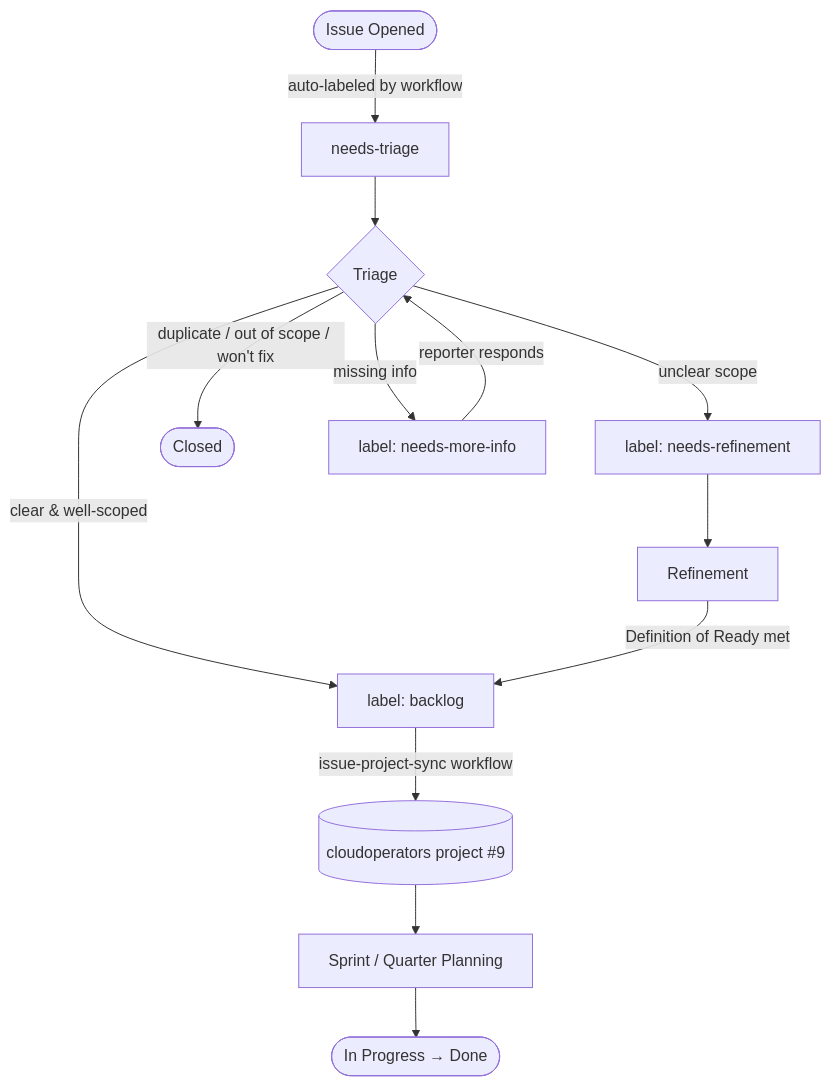
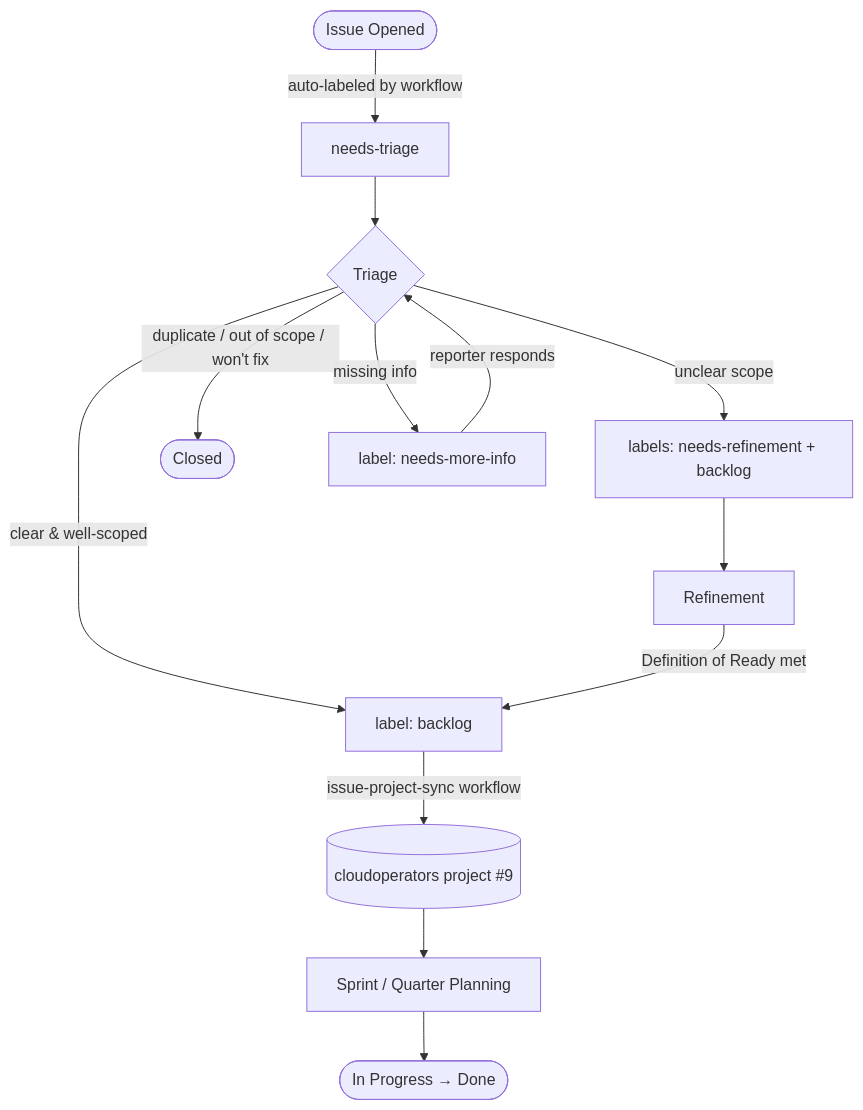
One commit to cloudoperators/common changed the diagram in ISSUE_LIFECYCLE.md. Above: the diagram before and after it, drawn with Mermaid. The commit also changed 3 other files, not shown here.

Commit message:
fix: address review comments (indentation, null check, diagram, permissions docs)

````diff
--- a/ISSUE_LIFECYCLE.md
+++ b/ISSUE_LIFECYCLE.md
@@ -7,19 +7,19 @@
 ```mermaid
 flowchart TD
     A([Issue Opened]) -->|auto-labeled by workflow| B[needs-triage]
     B --> C{Triage}
 
     C -->|clear & well-scoped| D[label: backlog]
-    C -->|unclear scope| E[label: needs-refinement]
+    C -->|unclear scope| E[labels: needs-refinement + backlog]
     C -->|duplicate / out of scope / won't fix| F([Closed])
     C -->|missing info| G[label: needs-more-info]
 
     G -->|reporter responds| C
 
     E --> H[Refinement]
     H -->|Definition of Ready met| D
 
     D -->|issue-project-sync workflow| I[(cloudoperators project #9)]
     I --> J[Sprint / Quarter Planning]
     J --> K([In Progress → Done])
 ```
````
